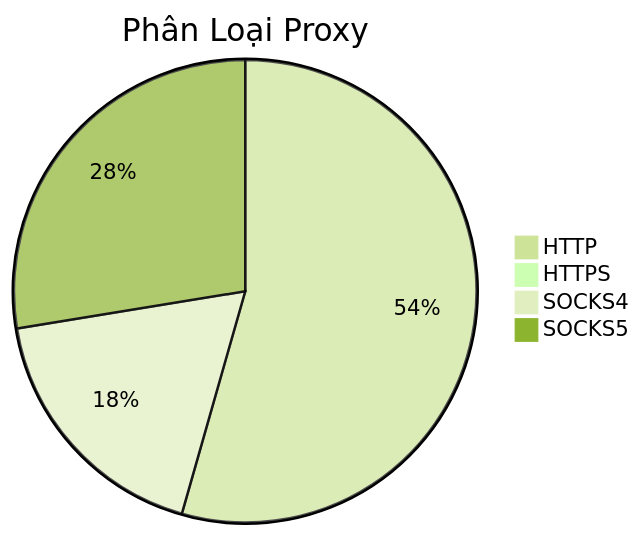
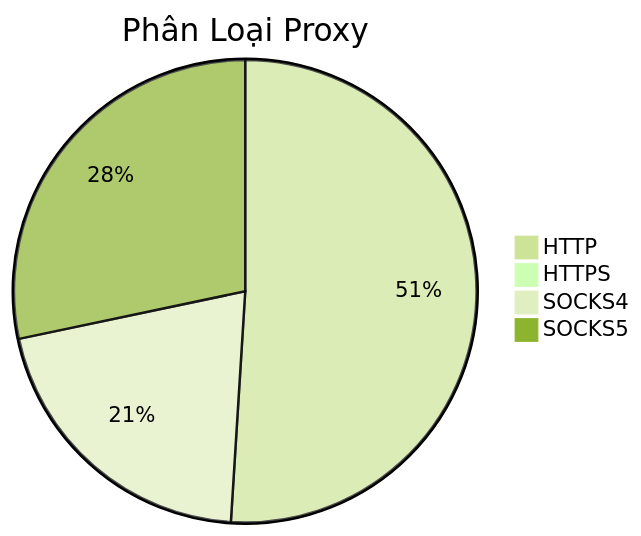
Before and after one commit to Ciara-12/PROXY-free: the diagram in README.md, drawn with Mermaid (forest theme). The commit also changed other lines of this file and 4 other files, not shown here.

````diff
--- a/README.md
+++ b/README.md
@@ -26,7 +26,7 @@
 ```mermaid
 pie title Phân Loại Proxy
-    "HTTP" : 659
-    "HTTPS" : 0
-    "SOCKS4" : 218
-    "SOCKS5" : 334
+    "HTTP" : 618
+    "HTTPS" : 1
+    "SOCKS4" : 251
+    "SOCKS5" : 343
 ```
````
